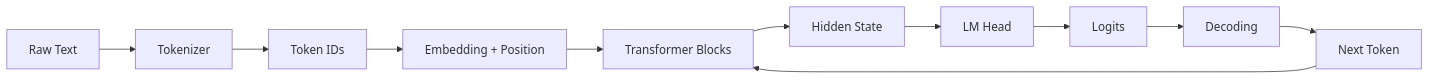
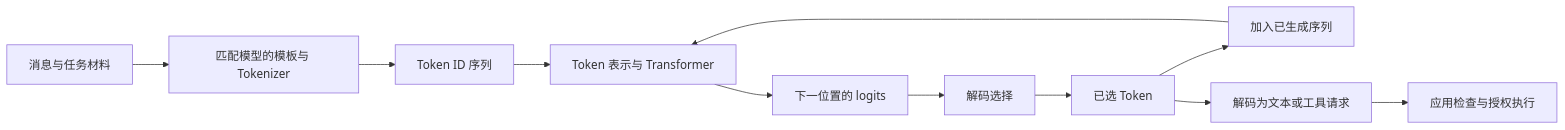
Before and after one commit to studyzhige-ui/ai-application-interview-handbook: the first of 5 diagrams in curriculum/07-llm-foundation/review/README.md, drawn with Mermaid. The commit also changed other lines of this file and 23 other files, not shown here.

````diff
--- a/curriculum/07-llm-foundation/review/README.md
+++ b/curriculum/07-llm-foundation/review/README.md
@@ -19,13 +9,13 @@
 ```mermaid
 flowchart LR
-    A["Raw Text"] --> B["Tokenizer"]
-    B --> C["Token IDs"]
-    C --> D["Embedding + Position"]
-    D --> E["Transformer Blocks"]
-    E --> F["Hidden State"]
-    F --> G["LM Head"]
-    G --> H["Logits"]
-    H --> I["Decoding"]
-    I --> J["Next Token"]
-    J --> E
+    A[消息与任务材料] --> B[匹配模型的模板与 Tokenizer]
+    B --> C[Token ID 序列]
+    C --> D[Token 表示与 Transformer]
+    D --> E[下一位置的 logits]
+    E --> F[解码选择]
+    F --> G[已选 Token]
+    G --> H[加入已生成序列]
+    H --> D
+    G --> I[解码为文本或工具请求]
+    I --> J[应用检查与授权执行]
 ```
````
